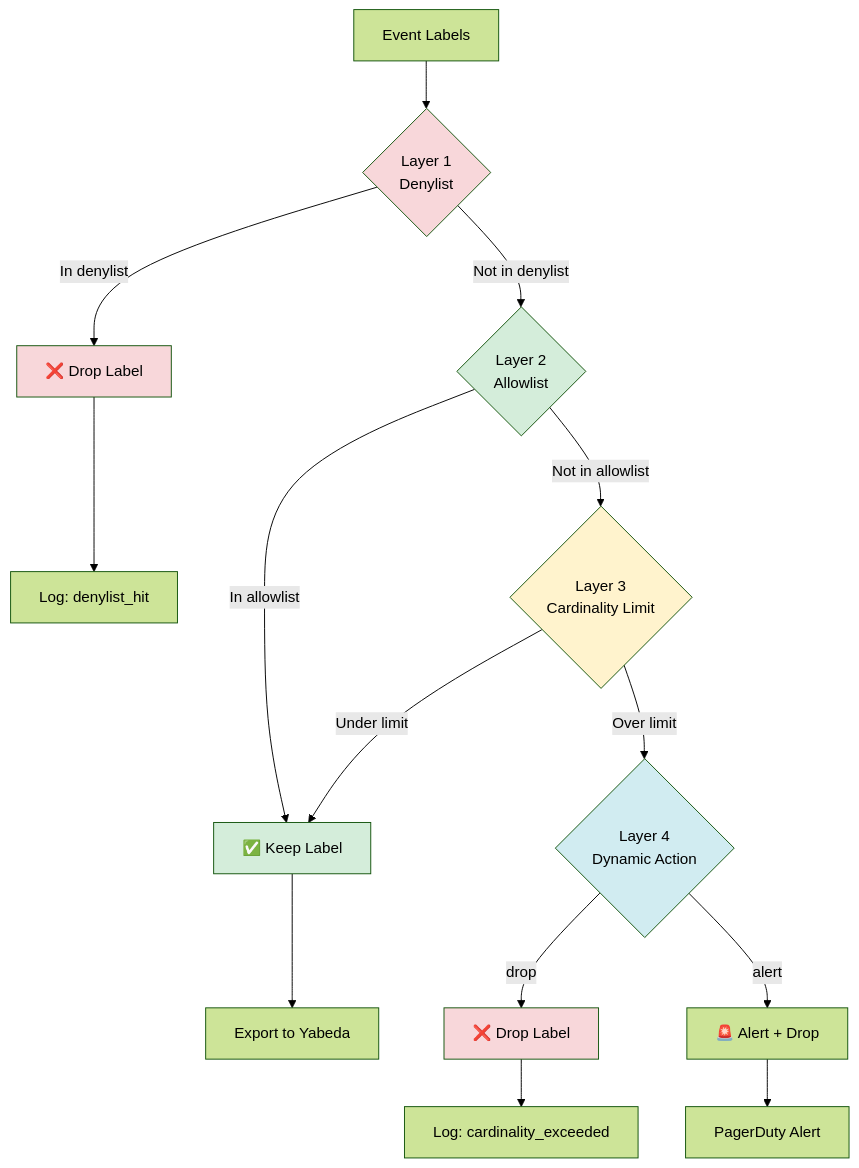
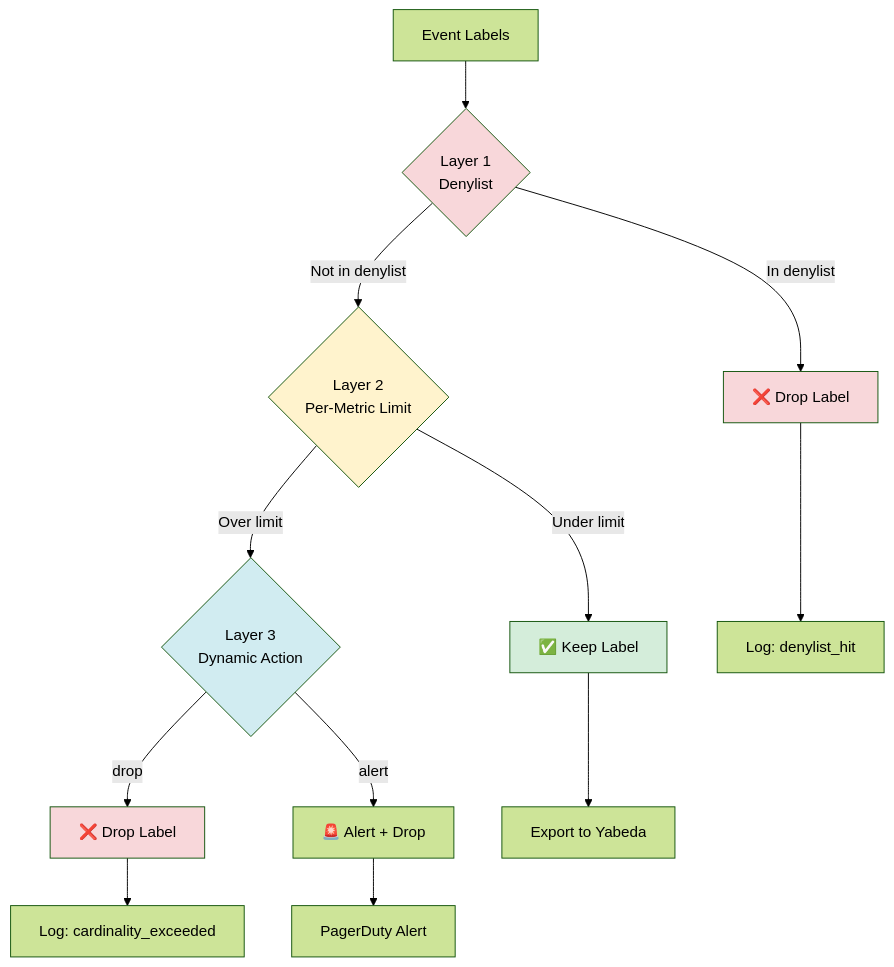
One commit to arturseletskiy/e11y changed the fifth of 7 diagrams in docs/ADR-002-metrics-yabeda.md. Above: the diagram before and after it, drawn with Mermaid (forest theme). The commit also changed other lines of this file and 230 other files, not shown here.

````diff
--- a/docs/ADR-002-metrics-yabeda.md
+++ b/docs/ADR-002-metrics-yabeda.md
@@ -545,30 +542,26 @@
 ```mermaid
 graph TB
     Input[Event Labels] --> L1{Layer 1<br/>Denylist}
     
     L1 -->|In denylist| Drop1[❌ Drop Label]
-    L1 -->|Not in denylist| L2{Layer 2<br/>Allowlist}
+    L1 -->|Not in denylist| L2{Layer 2<br/>Per-Metric Limit}
     
-    L2 -->|In allowlist| Keep[✅ Keep Label]
-    L2 -->|Not in allowlist| L3{Layer 3<br/>Cardinality Limit}
+    L2 -->|Under limit| Keep[✅ Keep Label]
+    L2 -->|Over limit| L3{Layer 3<br/>Dynamic Action}
     
-    L3 -->|Under limit| Keep
-    L3 -->|Over limit| L4{Layer 4<br/>Dynamic Action}
-    
-    L4 -->|drop| Drop2[❌ Drop Label]
-    L4 -->|alert| Alert[🚨 Alert + Drop]
+    L3 -->|drop| Drop2[❌ Drop Label]
+    L3 -->|alert| Alert[🚨 Alert + Drop]
     
     Drop1 --> Log1[Log: denylist_hit]
     Drop2 --> Log2[Log: cardinality_exceeded]
     Alert --> PagerDuty[PagerDuty Alert]
     
     Keep --> Metric[Export to Yabeda]
     
     style L1 fill:#f8d7da
-    style L2 fill:#d4edda
-    style L3 fill:#fff3cd
-    style L4 fill:#d1ecf1
+    style L2 fill:#fff3cd
+    style L3 fill:#d1ecf1
     style Drop1 fill:#f8d7da
     style Drop2 fill:#f8d7da
     style Keep fill:#d4edda
 ```
````
